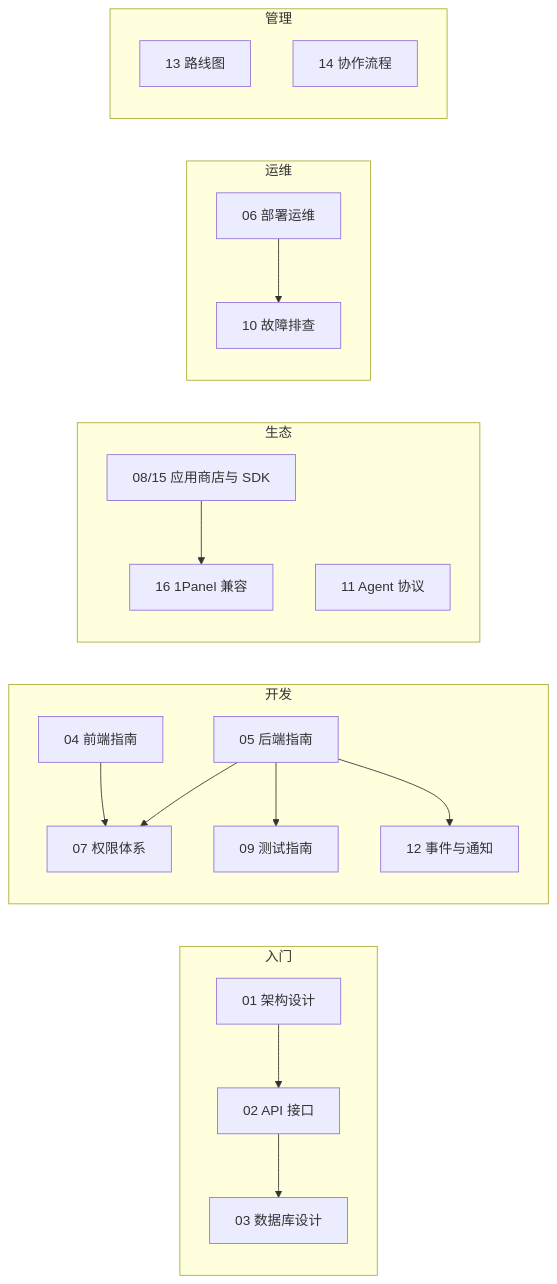
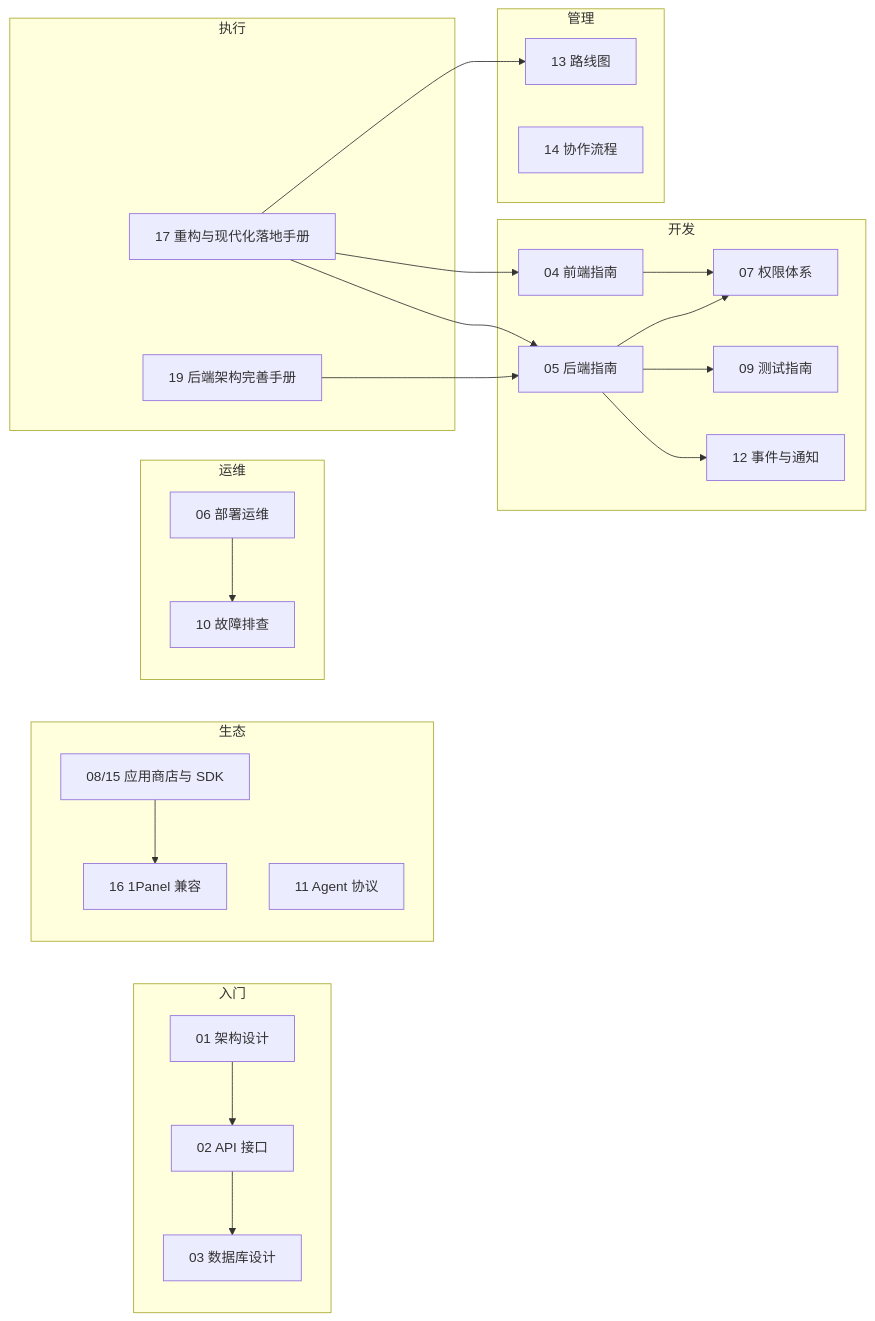
Before and after one commit to Forevery1021/Flamepanel: the diagram in Doc/README.md, drawn with Mermaid. The commit also changed other lines of this file and 264 other files, not shown here.

````diff
--- a/Doc/README.md
+++ b/Doc/README.md
@@ -28,22 +31,28 @@
 ```mermaid
 flowchart LR
     subgraph 入门
         A["01 架构设计"] --> B["02 API 接口"]
         B --> C["03 数据库设计"]
     end
     subgraph 开发
         D["04 前端指南"] & E["05 后端指南"] --> F["07 权限体系"]
         E --> G["09 测试指南"]
         E --> H["12 事件与通知"]
     end
     subgraph 生态
         I["08/15 应用商店与 SDK"] --> J["16 1Panel 兼容"]
         K["11 Agent 协议"]
     end
     subgraph 运维
         L["06 部署运维"] --> M["10 故障排查"]
     end
     subgraph 管理
         N["13 路线图"] & O["14 协作流程"]
     end
+    subgraph 执行
+        P["17 重构与现代化落地手册"] --> D
+        P --> E
+        P --> N
+        Q["19 后端架构完善手册"] --> E
+    end
 ```
````
